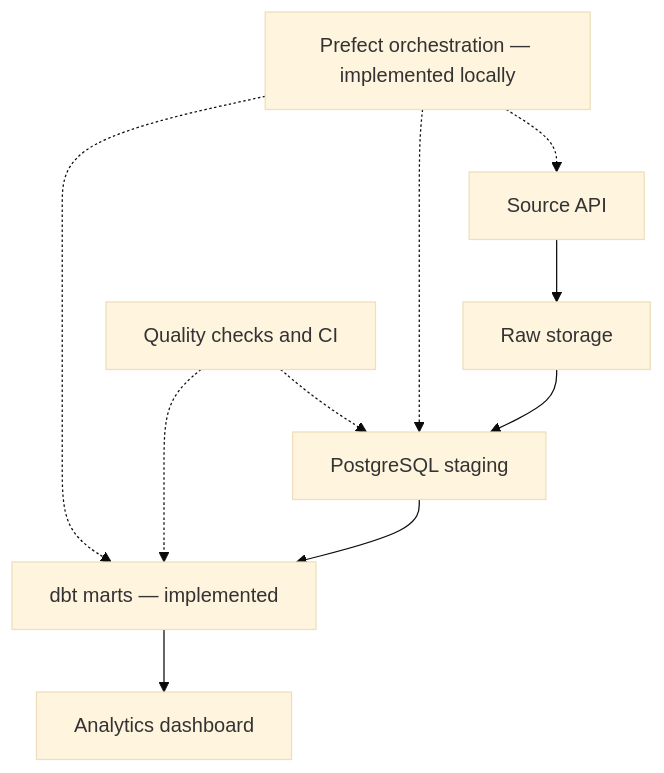
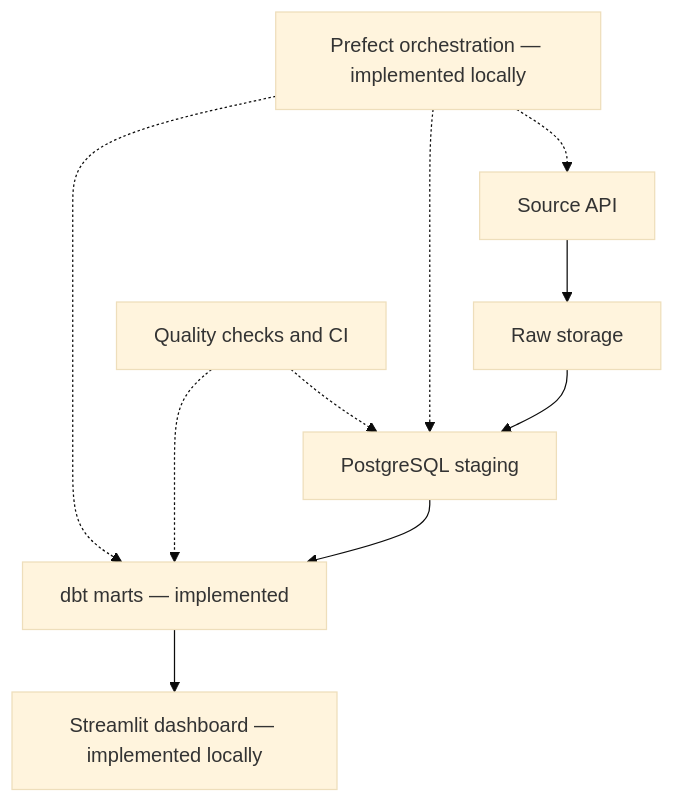
One commit to Neloy4321/DataForge-360 changed the second of 2 diagrams in docs/ARCHITECTURE.md. Above: the diagram before and after it, drawn with Mermaid (base theme). The commit also changed other lines of this file and 11 other files, not shown here.

First line of the commit message:
Phase 5: Streamlit analytics dashboard and Power BI-ready model

````diff
--- a/docs/ARCHITECTURE.md
+++ b/docs/ARCHITECTURE.md
@@ -77,12 +93,12 @@
 ```mermaid
 flowchart TD
     A[Source API] --> B[Raw storage]
     B --> C[PostgreSQL staging]
     C --> D[dbt marts — implemented]
-    D --> E[Analytics dashboard]
+    D --> E[Streamlit dashboard — implemented locally]
     F[Prefect orchestration — implemented locally] -.-> A
     F -.-> C
     F -.-> D
     G[Quality checks and CI] -.-> C
     G -.-> D
 ```
````
